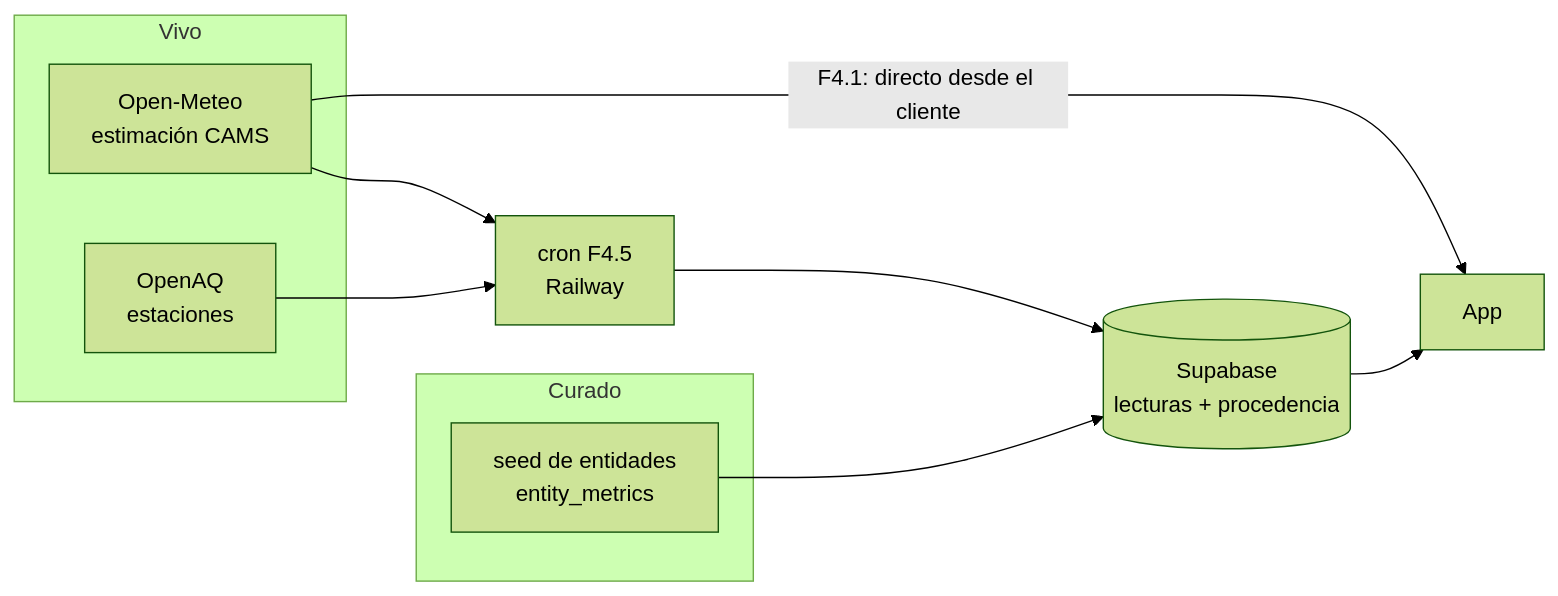
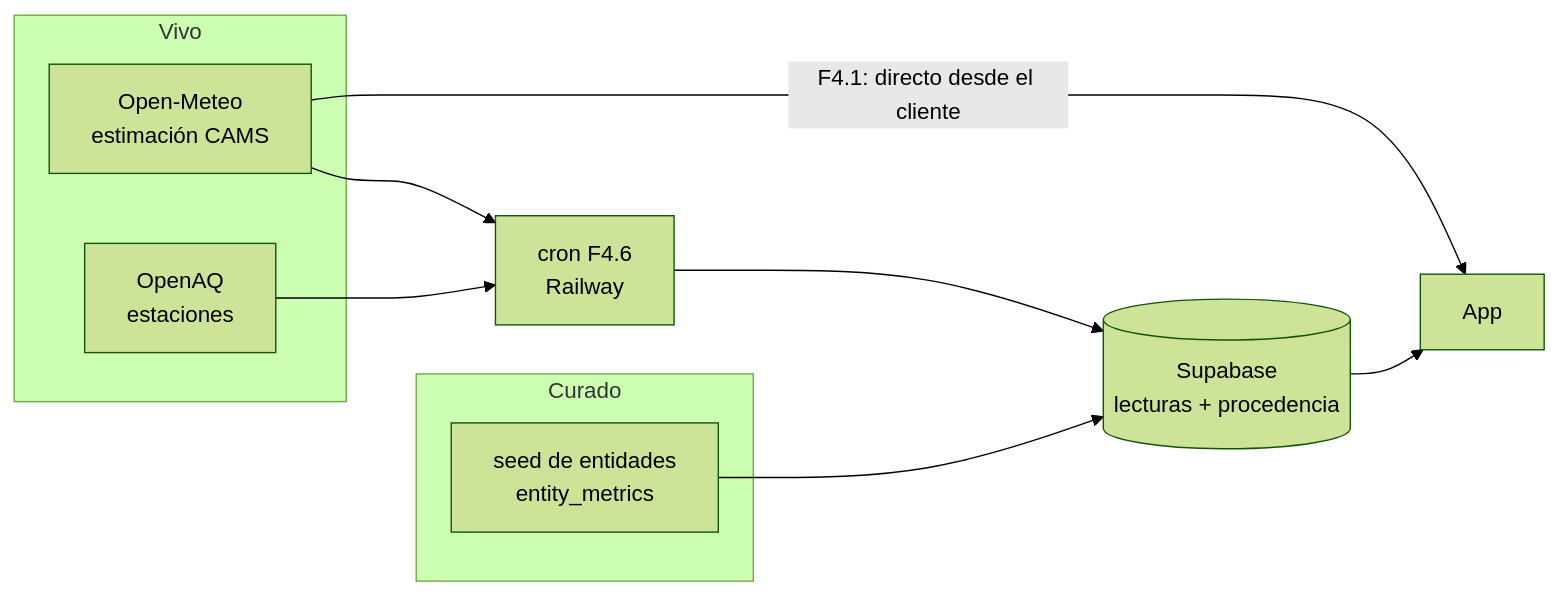
One commit to ExpeAvomo15/oveng-envhealth changed the diagram in docs/08_DATOS_EN_VIVO.md. Above: the diagram before and after it, drawn with Mermaid (forest theme). The commit also changed other lines of this file and 164 other files, not shown here.

````diff
--- a/docs/08_DATOS_EN_VIVO.md
+++ b/docs/08_DATOS_EN_VIVO.md
@@ -113,20 +113,20 @@
 ```mermaid
 graph LR
     subgraph vivo["Vivo"]
         om["Open-Meteo<br/>estimación CAMS"]
         oaq["OpenAQ<br/>estaciones"]
     end
     subgraph curado["Curado"]
         seed["seed de entidades<br/>entity_metrics"]
     end
-    cron["cron F4.5<br/>Railway"]
+    cron["cron F4.6<br/>Railway"]
     db[("Supabase<br/>lecturas + procedencia")]
     app["App"]
 
     om -->|"F4.1: directo desde el cliente"| app
     om --> cron
     oaq --> cron
     cron --> db
     seed --> db
     db --> app
 ```
````
